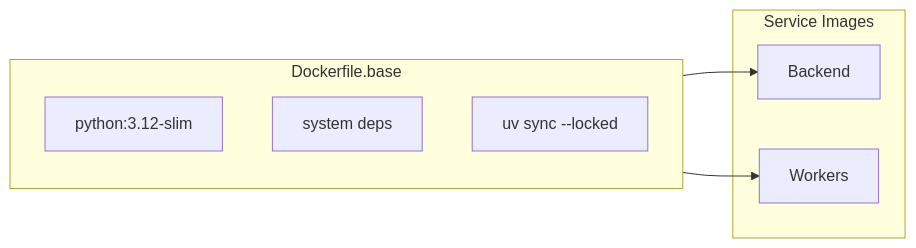
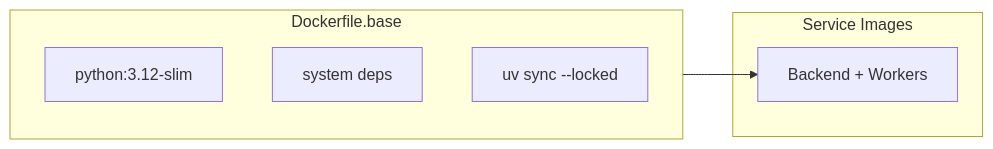
The second of 2 diagrams in docs/operations/deployment.md (HardMax71/Integr8sCode), drawn with Mermaid before and after one commit. The commit also changed other lines of this file and 59 other files, not shown here.

````diff
--- a/docs/operations/deployment.md
+++ b/docs/operations/deployment.md
@@ -78,15 +72,14 @@
 ```mermaid
 flowchart LR
     subgraph Base["Dockerfile.base"]
         B1[python:3.12-slim]
         B2[system deps]
         B3[uv sync --locked]
     end
 
     subgraph Services["Service Images"]
-        S1[Backend]
-        S2[Workers]
+        S1[Backend + Workers]
     end
 
-    Base --> S1 & S2
+    Base --> S1
 ```
````
